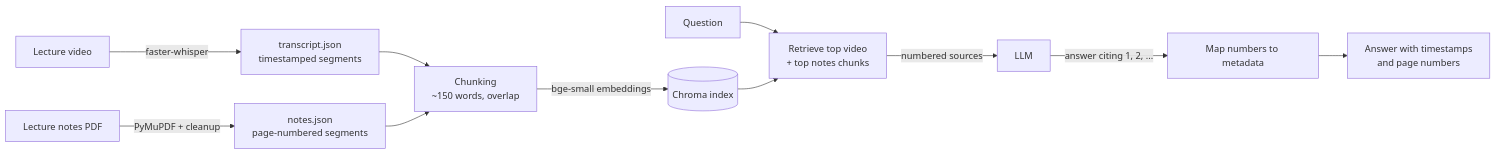
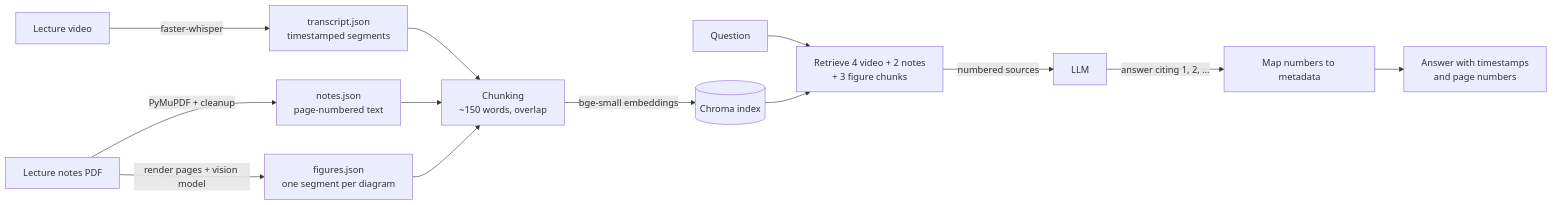
One commit to puneet25j/FootNote changed the diagram in README.md. Above: the diagram before and after it, drawn with Mermaid. The commit also changed other lines of this file and 3 other files, not shown here.

Commit message:
README: figures section, 25-question results, local mode; fix requirements and .env.example

````diff
--- a/README.md
+++ b/README.md
@@ -28,13 +36,15 @@
 ```mermaid
 flowchart LR
     V[Lecture video] -->|faster-whisper| T[transcript.json<br/>timestamped segments]
-    P[Lecture notes PDF] -->|PyMuPDF + cleanup| N[notes.json<br/>page-numbered segments]
+    P[Lecture notes PDF] -->|PyMuPDF + cleanup| N[notes.json<br/>page-numbered text]
+    P -->|render pages + vision model| G[figures.json<br/>one segment per diagram]
     T --> C[Chunking<br/>~150 words, overlap]
     N --> C
+    G --> C
     C -->|bge-small embeddings| I[(Chroma index)]
-    Q[Question] --> R[Retrieve top video<br/>+ top notes chunks]
+    Q[Question] --> R[Retrieve 4 video + 2 notes<br/>+ 3 figure chunks]
     I --> R
     R -->|numbered sources| L[LLM]
     L -->|answer citing 1, 2, ...| A[Map numbers to metadata]
     A --> F[Answer with timestamps<br/>and page numbers]
 ```
````
